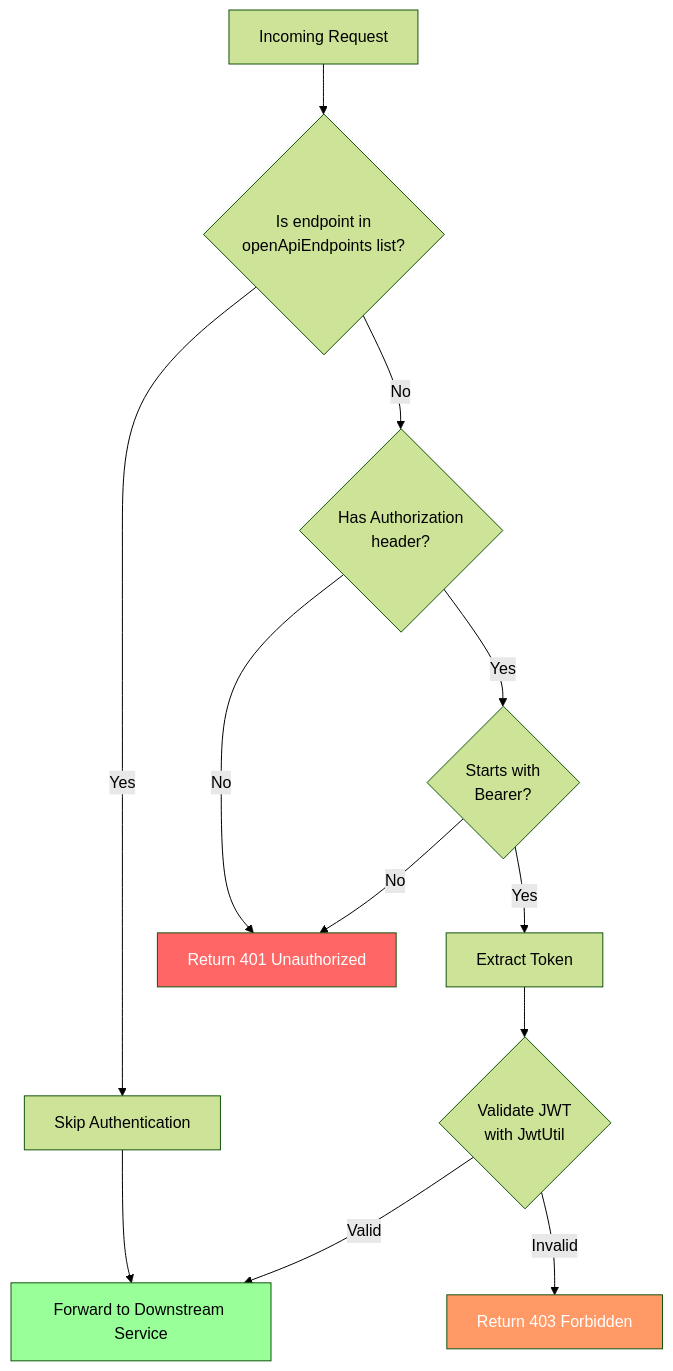
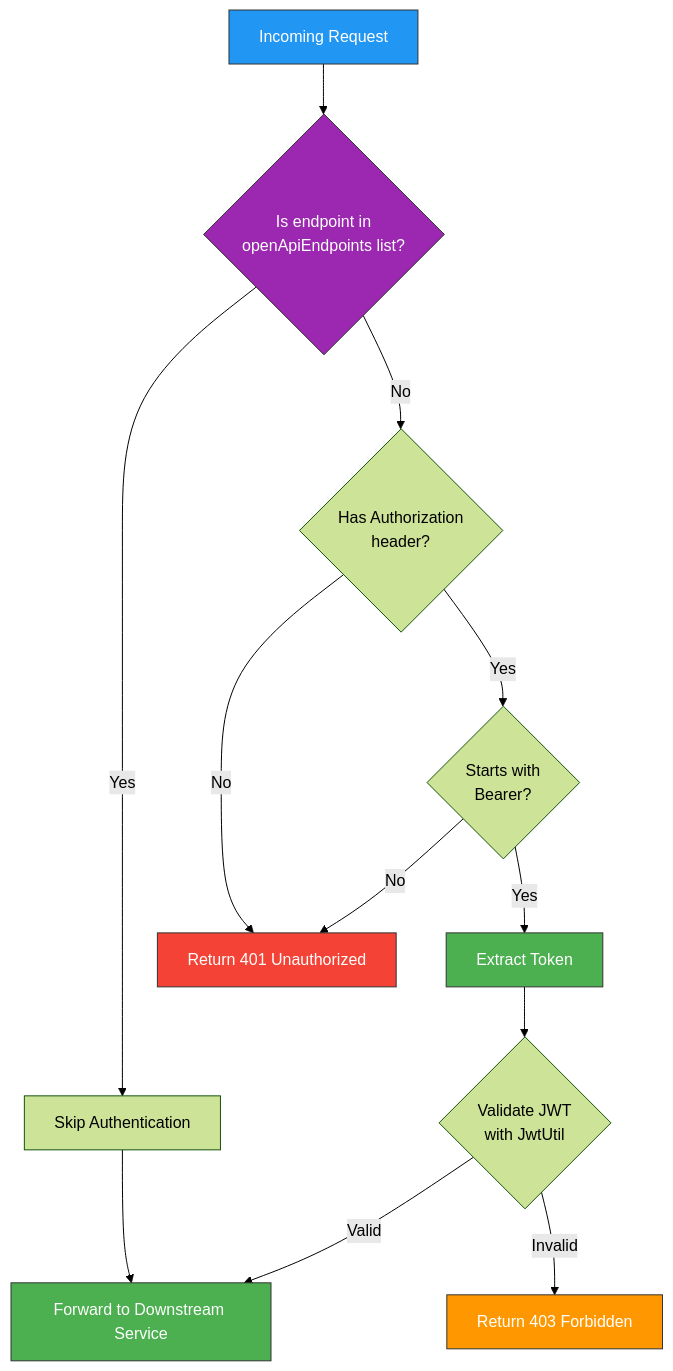
One commit to sawmikcuet19/auth-microservices changed the eighth of 11 diagrams in README.md. Above: the diagram before and after it, drawn with Mermaid (forest theme). The commit also changed other lines of this file, not shown here.

First line of the commit message:
Fix README mermaid diagram colors for better readability

````diff
--- a/README.md
+++ b/README.md
@@ -313,19 +340,22 @@
 ```mermaid
 flowchart TD
     A[Incoming Request] --> B{Is endpoint in<br/>openApiEndpoints list?}
     B -->|Yes| C[Skip Authentication]
     B -->|No| D{Has Authorization<br/>header?}
     D -->|No| E[Return 401 Unauthorized]
     D -->|Yes| F{Starts with<br/>Bearer?}
     F -->|No| E
     F -->|Yes| G[Extract Token]
     G --> H{Validate JWT<br/>with JwtUtil}
     H -->|Valid| I[Forward to Downstream Service]
     H -->|Invalid| J[Return 403 Forbidden]
 
     C --> I
 
-    style E fill:#f66,color:#fff
-    style J fill:#f96,color:#fff
-    style I fill:#9f9
+    style E fill:#F44336,stroke:#333,color:#fff
+    style J fill:#FF9800,stroke:#333,color:#fff
+    style I fill:#4CAF50,stroke:#333,color:#fff
+    style A fill:#2196F3,stroke:#333,color:#fff
+    style B fill:#9C27B0,stroke:#333,color:#fff
+    style G fill:#4CAF50,stroke:#333,color:#fff
 ```
````
